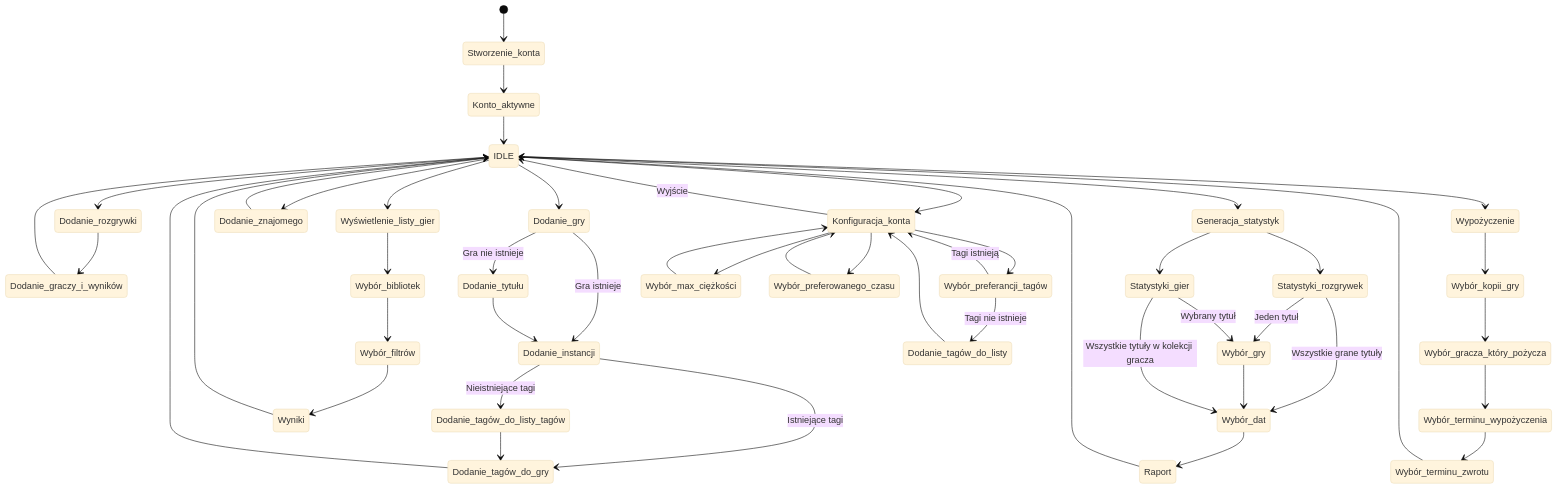
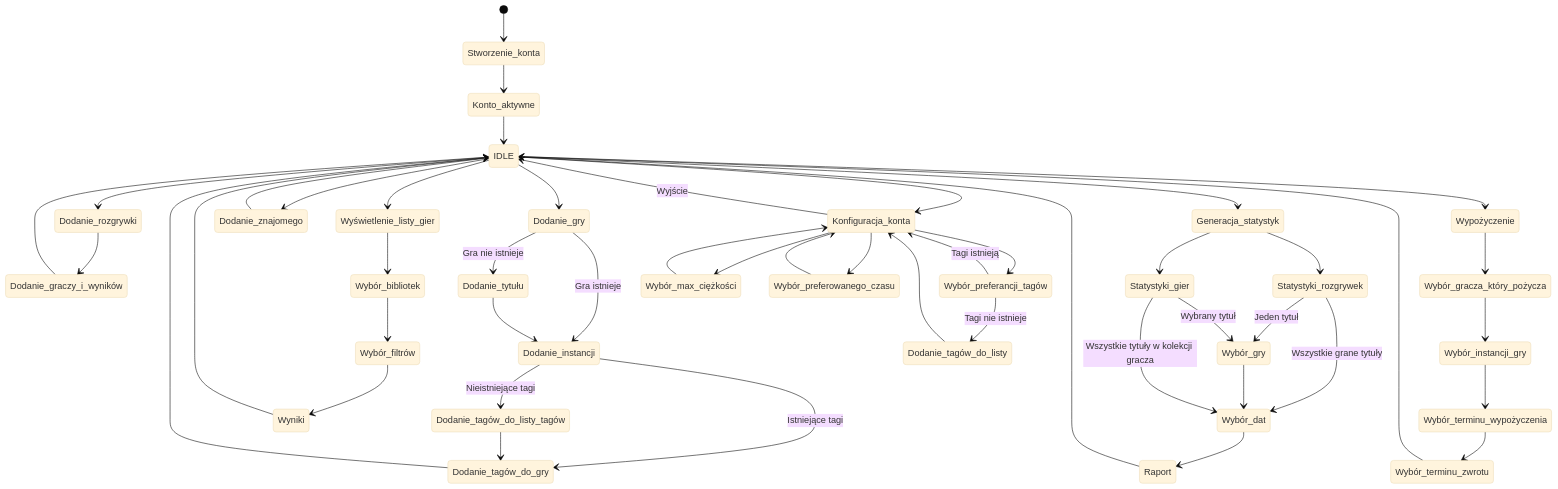
The second of 2 diagrams in BD/scheme.md (Sammaeliusz/PC-Repo), drawn with Mermaid (base theme) before and after one commit.

````diff
--- a/BD/scheme.md
+++ b/BD/scheme.md
@@ -81,51 +81,51 @@
 ``` mermaid
 stateDiagram-v2
     [*] --> Stworzenie_konta
 
     Stworzenie_konta --> Konto_aktywne
     Konto_aktywne --> IDLE
     IDLE --> Dodanie_gry
     IDLE --> Dodanie_rozgrywki
     Dodanie_rozgrywki --> Dodanie_graczy_i_wyników
     Dodanie_graczy_i_wyników --> IDLE
     Dodanie_gry --> Dodanie_instancji : Gra istnieje
     Dodanie_gry --> Dodanie_tytułu : Gra nie istnieje
     Dodanie_tytułu --> Dodanie_instancji
     Dodanie_instancji --> Dodanie_tagów_do_listy_tagów : Nieistniejące tagi
     Dodanie_instancji --> Dodanie_tagów_do_gry : Istniejące tagi
     Dodanie_tagów_do_listy_tagów --> Dodanie_tagów_do_gry
     Dodanie_tagów_do_gry --> IDLE
     IDLE --> Wyświetlenie_listy_gier
     Wyświetlenie_listy_gier --> Wybór_bibliotek
     Wybór_bibliotek --> Wybór_filtrów
     Wybór_filtrów --> Wyniki
     Wyniki --> IDLE
     IDLE --> Generacja_statystyk
     Generacja_statystyk --> Statystyki_rozgrywek 
     Generacja_statystyk --> Statystyki_gier
     Statystyki_rozgrywek --> Wybór_dat : Wszystkie grane tytuły
     Statystyki_rozgrywek --> Wybór_gry : Jeden tytuł
     Wybór_dat --> Raport
     Wybór_gry --> Wybór_dat
     Statystyki_gier --> Wybór_gry : Wybrany tytuł
     Statystyki_gier --> Wybór_dat : Wszystkie tytuły w kolekcji gracza
     Raport --> IDLE
     IDLE --> Dodanie_znajomego
     Dodanie_znajomego --> IDLE
     IDLE --> Wypożyczenie
-    Wypożyczenie --> Wybór_kopii_gry
-    Wybór_kopii_gry --> Wybór_gracza_który_pożycza
-    Wybór_gracza_który_pożycza --> Wybór_terminu_wypożyczenia
+    Wypożyczenie --> Wybór_gracza_który_pożycza
+    Wybór_gracza_który_pożycza --> Wybór_instancji_gry
+    Wybór_instancji_gry --> Wybór_terminu_wypożyczenia
     Wybór_terminu_wypożyczenia --> Wybór_terminu_zwrotu
     Wybór_terminu_zwrotu --> IDLE
     IDLE --> Konfiguracja_konta
     Konfiguracja_konta --> IDLE : Wyjście
     Konfiguracja_konta --> Wybór_max_ciężkości
     Konfiguracja_konta --> Wybór_preferowanego_czasu
     Wybór_preferowanego_czasu --> Konfiguracja_konta
     Wybór_max_ciężkości --> Konfiguracja_konta
     Konfiguracja_konta --> Wybór_preferancji_tagów
     Wybór_preferancji_tagów --> Dodanie_tagów_do_listy : Tagi nie istnieje
     Wybór_preferancji_tagów --> Konfiguracja_konta : Tagi istnieją
     Dodanie_tagów_do_listy --> Konfiguracja_konta
 ```
````
